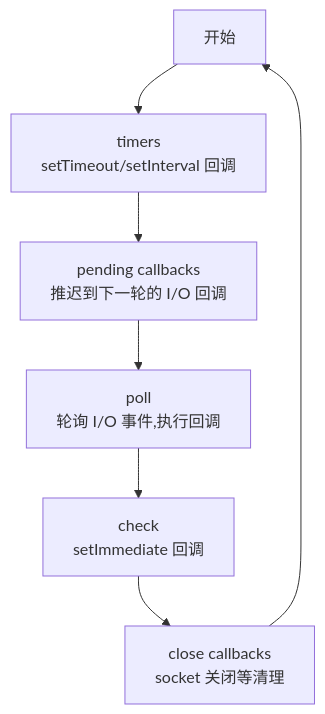
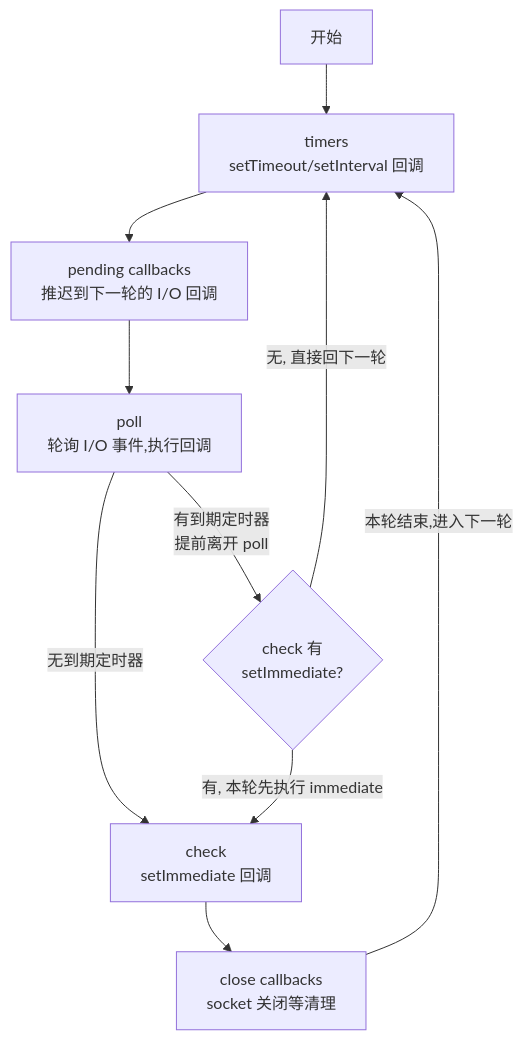
Before and after one commit to jun2333/knowledge: the diagram in docs/service/node-core.md, drawn with Mermaid. The commit also changed other lines of this file and 66 other files, not shown here.

````diff
--- a/docs/service/node-core.md
+++ b/docs/service/node-core.md
@@ -918,9 +977,12 @@
 ```mermaid
 graph TD
     A[开始] --> B[timers<br/>setTimeout/setInterval 回调]
     B --> C[pending callbacks<br/>推迟到下一轮的 I/O 回调]
     C --> D[poll<br/>轮询 I/O 事件,执行回调]
-    D --> E[check<br/>setImmediate 回调]
+    D -->|无到期定时器| E[check<br/>setImmediate 回调]
     E --> F[close callbacks<br/>socket 关闭等清理]
-    F --> A
+    F -->|本轮结束,进入下一轮| B
+    D -->|有到期定时器<br/>提前离开 poll| H{check 有<br/>setImmediate?}
+    H -->|有, 本轮先执行 immediate| E
+    H -->|无, 直接回下一轮| B
 ```
````
